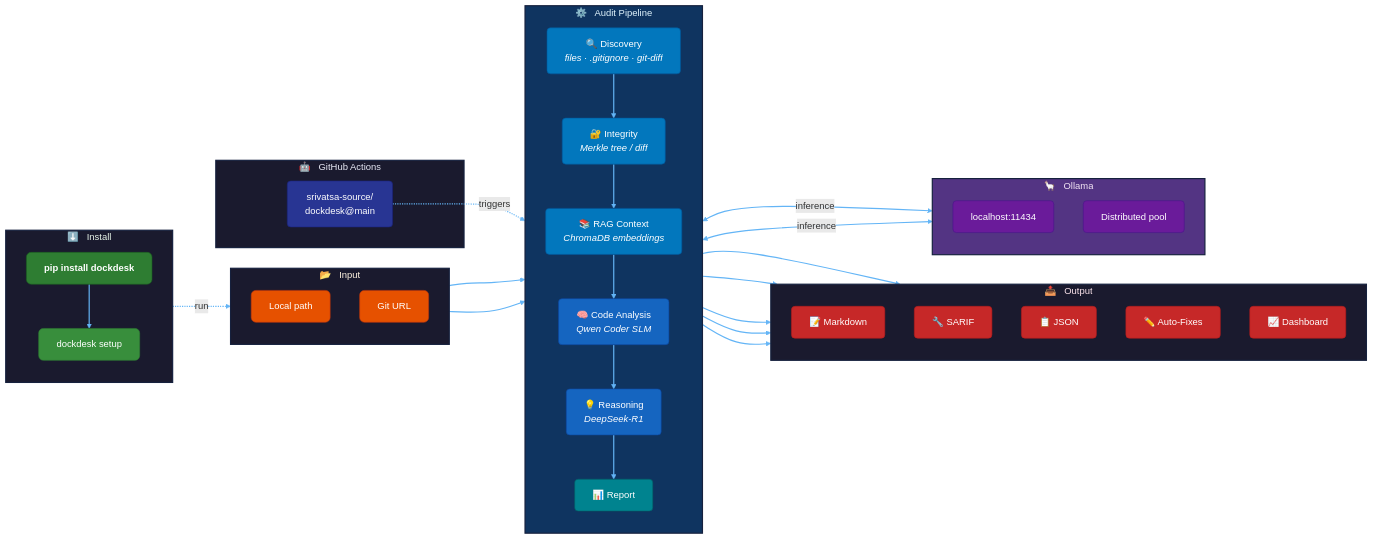
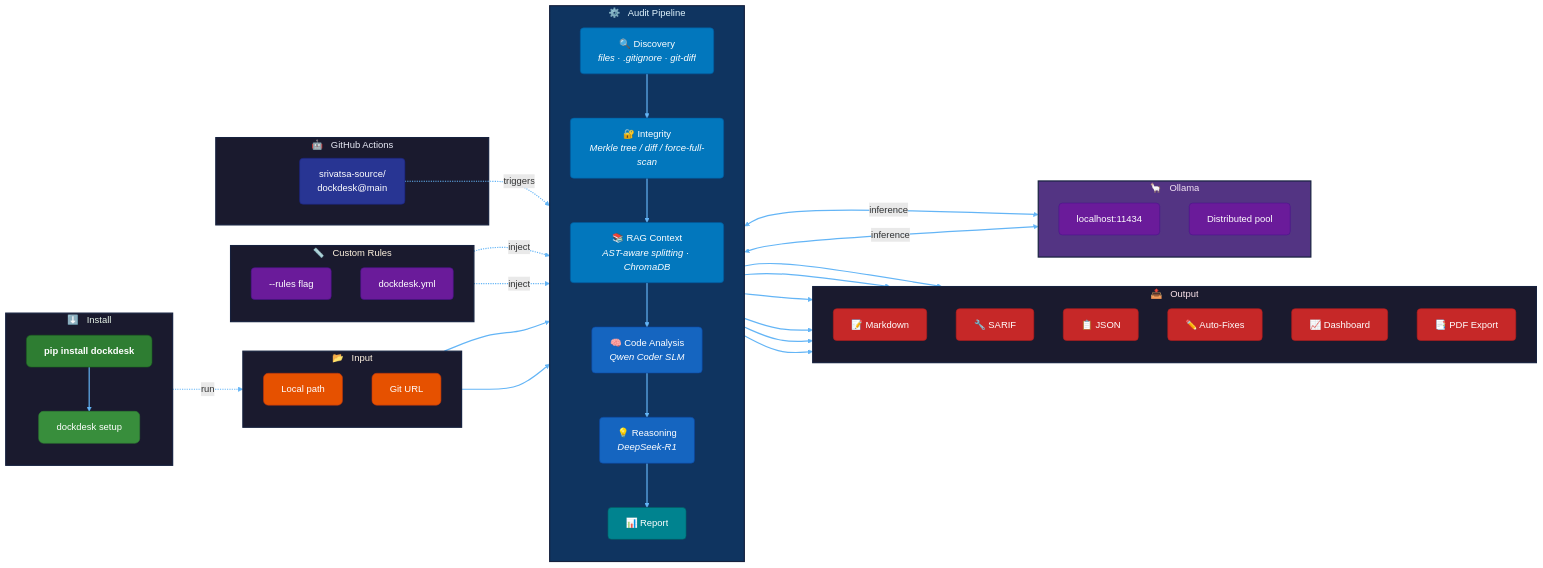
The diagram in README.md (actions-marketplace-validations/srivatsa-source_dockdesk), drawn with Mermaid before and after one commit. The commit also changed other lines of this file and 2 other files, not shown here.

Commit message:
docs: update Mermaid flowcharts, README v2.3, SYSTEM_DESIGN
- Mermaid graph: pipeline-style flowchart with colored risk nodes
- README: v2.3 changelog, Custom Rules + Benchmark in architecture diagram
- README: PDF Export output node, AST-aware RAG label
- SYSTEM_DESIGN: rewritten to reflect dual-model 6-step pipeline

````diff
--- a/README.md
+++ b/README.md
@@ -91,14 +104,22 @@
         direction TB
 
         DISCOVER["🔍 Discovery<br/><i>files · .gitignore · git-diff</i>"]
-        MERKLE["🔐 Integrity<br/><i>Merkle tree / diff</i>"]
-        RAG["📚 RAG Context<br/><i>ChromaDB embeddings</i>"]
+        MERKLE["🔐 Integrity<br/><i>Merkle tree / diff / force-full-scan</i>"]
+        RAG["📚 RAG Context<br/><i>AST-aware splitting · ChromaDB</i>"]
         CODE["🧠 Code Analysis<br/><i>Qwen Coder SLM</i>"]
         REASON["💡 Reasoning<br/><i>DeepSeek-R1</i>"]
         REPORT["📊 Report"]
 
         DISCOVER --> MERKLE --> RAG --> CODE --> REASON --> REPORT
     end
+
+    subgraph RULES["📏 &nbsp; Custom Rules"]
+        direction TB
+        CRULES["--rules flag"]
+        CONFIG["dockdesk.yml"]
+    end
+
+    CRULES & CONFIG -.->|inject| CODE
 
     LOCAL & GITURL --> DISCOVER
 
@@ -109,9 +130,10 @@
         JSON["📋 JSON"]
         FIX["✏️ Auto-Fixes"]
         DASH["📈 Dashboard"]
+        PDF["📑 PDF Export"]
     end
 
-    REPORT --> MD & SARIF & JSON & FIX & DASH
+    REPORT --> MD & SARIF & JSON & FIX & DASH & PDF
 
     subgraph OLLAMA["🦙 &nbsp; Ollama"]
         direction TB
@@ -157,6 +179,10 @@
     style OL_LOCAL fill:#6a1b9a,stroke:#4a148c,color:#fff,rx:6
     style OL_POOL fill:#6a1b9a,stroke:#4a148c,color:#fff,rx:6
     style GHA fill:#283593,stroke:#1a237e,color:#fff,rx:6
+    style RULES fill:#1a1a2e,stroke:#16213e,color:#fff3e0,stroke-width:2px
+    style CRULES fill:#6a1b9a,stroke:#4a148c,color:#fff,rx:6
+    style CONFIG fill:#6a1b9a,stroke:#4a148c,color:#fff,rx:6
+    style PDF fill:#c62828,stroke:#b71c1c,color:#fff,rx:6
 
     linkStyle default stroke:#64b5f6,stroke-width:2px
 ```
````
